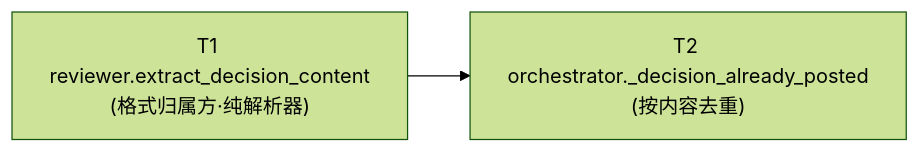
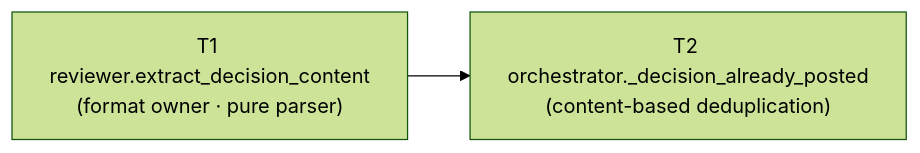
Before and after one commit to Curry09/OpenAgents: the diagram in docs/specs/0047-review-dedup-by-content.md, drawn with Mermaid (forest theme). The commit also changed other lines of this file and 461 other files, not shown here.

````diff
--- a/docs/specs/0047-review-dedup-by-content.md
+++ b/docs/specs/0047-review-dedup-by-content.md
@@ -131,4 +133,4 @@
 ```mermaid
 graph LR
-  T1["T1 reviewer.extract_decision_content<br/>(格式归属方·纯解析器)"] --> T2["T2 orchestrator._decision_already_posted<br/>(按内容去重)"]
+  T1["T1 reviewer.extract_decision_content<br/>(format owner · pure parser)"] --> T2["T2 orchestrator._decision_already_posted<br/>(content-based deduplication)"]
 ```
````
